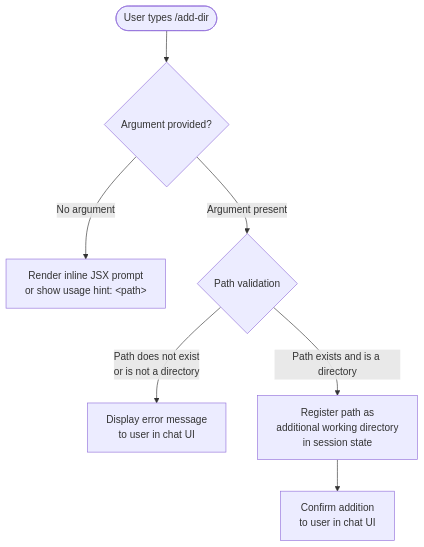
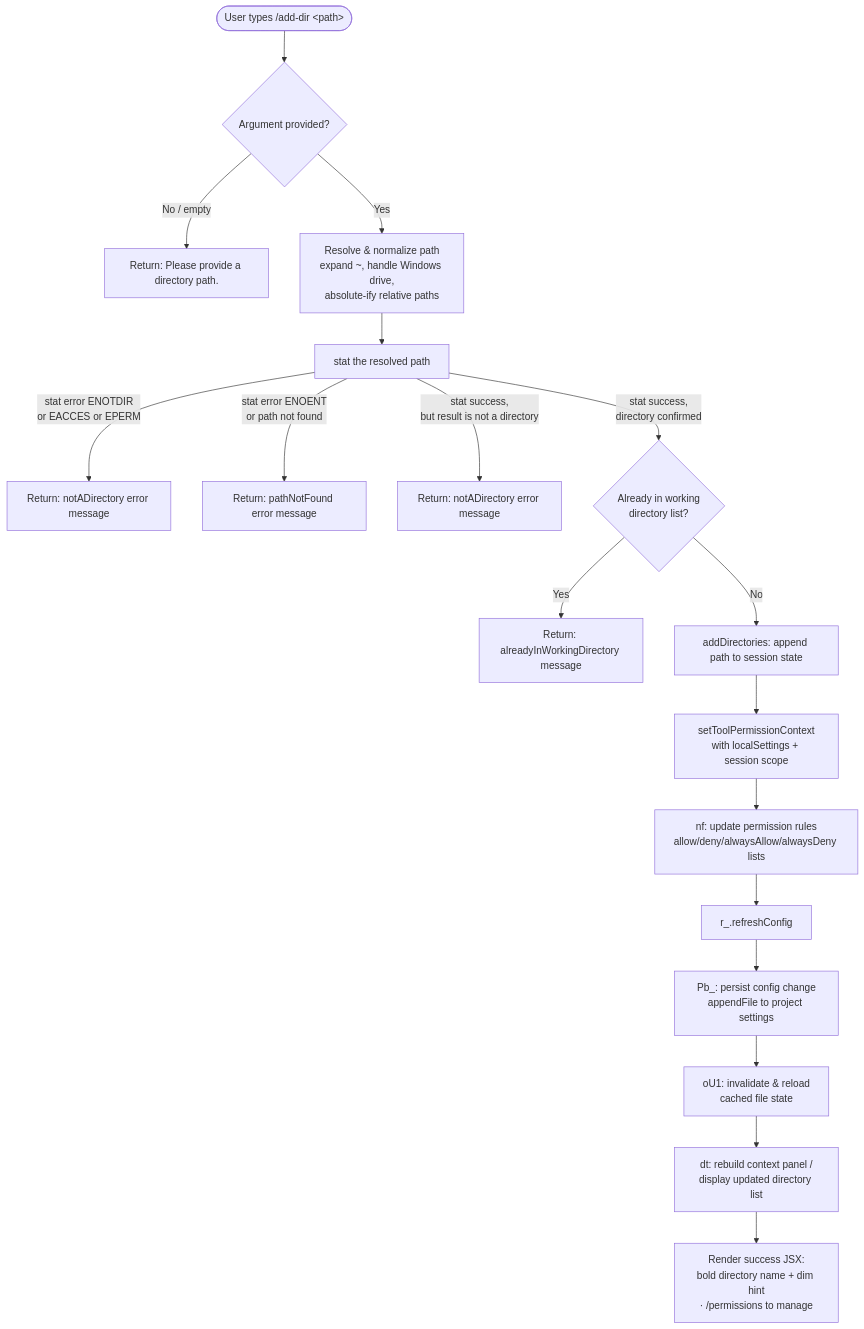
The diagram in versions/v2.1.144/add-dir.md (MyLittleLuckyDog/cc-gnothi), drawn with Mermaid before and after one commit. The commit also changed other lines of this file and 483 other files, not shown here.

````diff
--- a/versions/v2.1.144/add-dir.md
+++ b/versions/v2.1.144/add-dir.md
@@ -46,9 +55,20 @@
 ```mermaid
 flowchart TD
-    A([User types /add-dir]) --> B{Argument provided?}
-    B -- No argument --> C[Render inline JSX prompt\nor show usage hint: &lt;path&gt;]
-    B -- Argument present --> D{Path validation}
-    D -- Path does not exist\nor is not a directory --> E[Display error message\nto user in chat UI]
-    D -- Path exists and is a directory --> F[Register path as\nadditional working directory\nin session state]
-    F --> G[Confirm addition\nto user in chat UI]
+    A([User types /add-dir &lt;path&gt;]) --> B{Argument provided?}
+    B -- No / empty --> C[Return: Please provide a directory path.]
+    B -- Yes --> D[Resolve & normalize path\nexpand ~, handle Windows drive,\nabsolute-ify relative paths]
+    D --> E[stat the resolved path]
+    E -- stat error ENOTDIR\nor EACCES or EPERM --> F[Return: notADirectory error message]
+    E -- stat error ENOENT\nor path not found --> G[Return: pathNotFound error message]
+    E -- stat success,\nbut result is not a directory --> H[Return: notADirectory error message]
+    E -- stat success,\ndirectory confirmed --> I{Already in working\ndirectory list?}
+    I -- Yes --> J[Return: alreadyInWorkingDirectory message]
+    I -- No --> K[addDirectories: append path to session state]
+    K --> L[setToolPermissionContext\nwith localSettings + session scope]
+    L --> M[nf: update permission rules\nallow/deny/alwaysAllow/alwaysDeny lists]
+    M --> N[r_.refreshConfig]
+    N --> O[Pb_: persist config change\nappendFile to project settings]
+    O --> P[oU1: invalidate & reload\ncached file state]
+    P --> Q[dt: rebuild context panel /\ndisplay updated directory list]
+    Q --> R[Render success JSX:\nbold directory name + dim hint\n· /permissions to manage]
 ```
````
